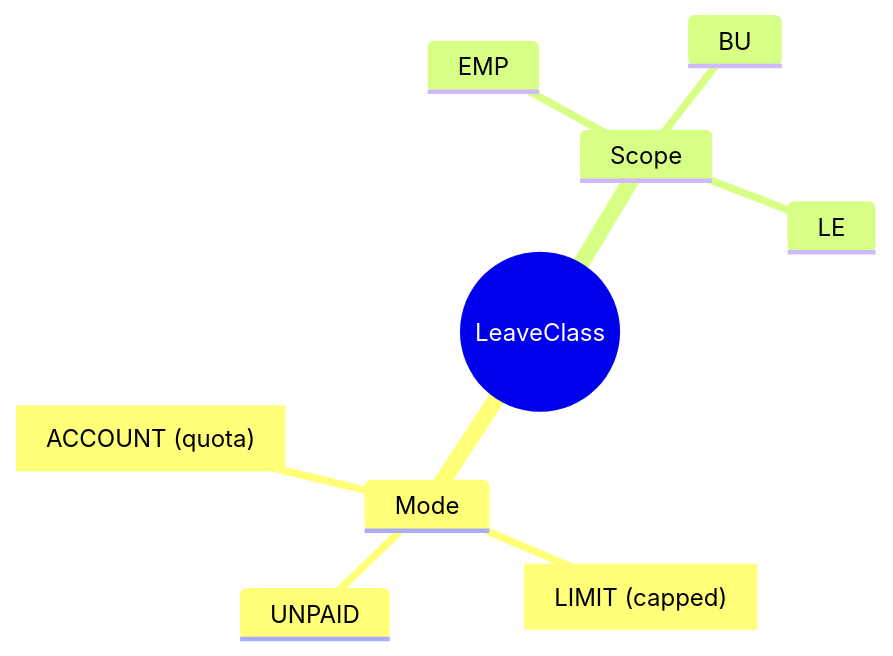
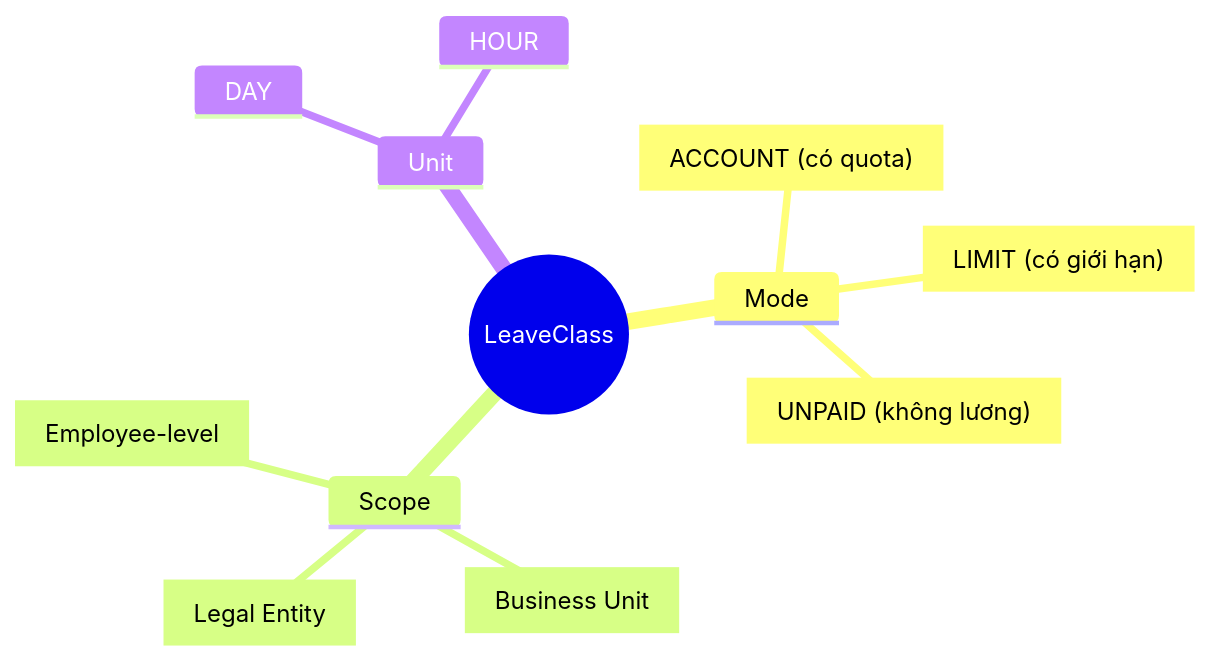
The first of 3 diagrams in docs/01-modules/TA/00-ontology/domain/leave-definition/leave-class.onto.md (a4b-corporation/xTalent), drawn with Mermaid before and after one commit. The commit also changed other lines of this file and 12 other files, not shown here.

````diff
--- a/docs/01-modules/TA/00-ontology/domain/leave-definition/leave-class.onto.md
+++ b/docs/01-modules/TA/00-ontology/domain/leave-definition/leave-class.onto.md
@@ -130,12 +147,15 @@
 ```mermaid
 mindmap
   root((LeaveClass))
     Mode
-      ACCOUNT["ACCOUNT (quota)"]
-      LIMIT["LIMIT (capped)"]
-      UNPAID
+      ACCOUNT["ACCOUNT (có quota)"]
+      LIMIT["LIMIT (có giới hạn)"]
+      UNPAID["UNPAID (không lương)"]
     Scope
-      EMP
-      BU
-      LE
+      EMP["Employee-level"]
+      BU["Business Unit"]
+      LE["Legal Entity"]
+    Unit
+      DAY
+      HOUR
 ```
````
